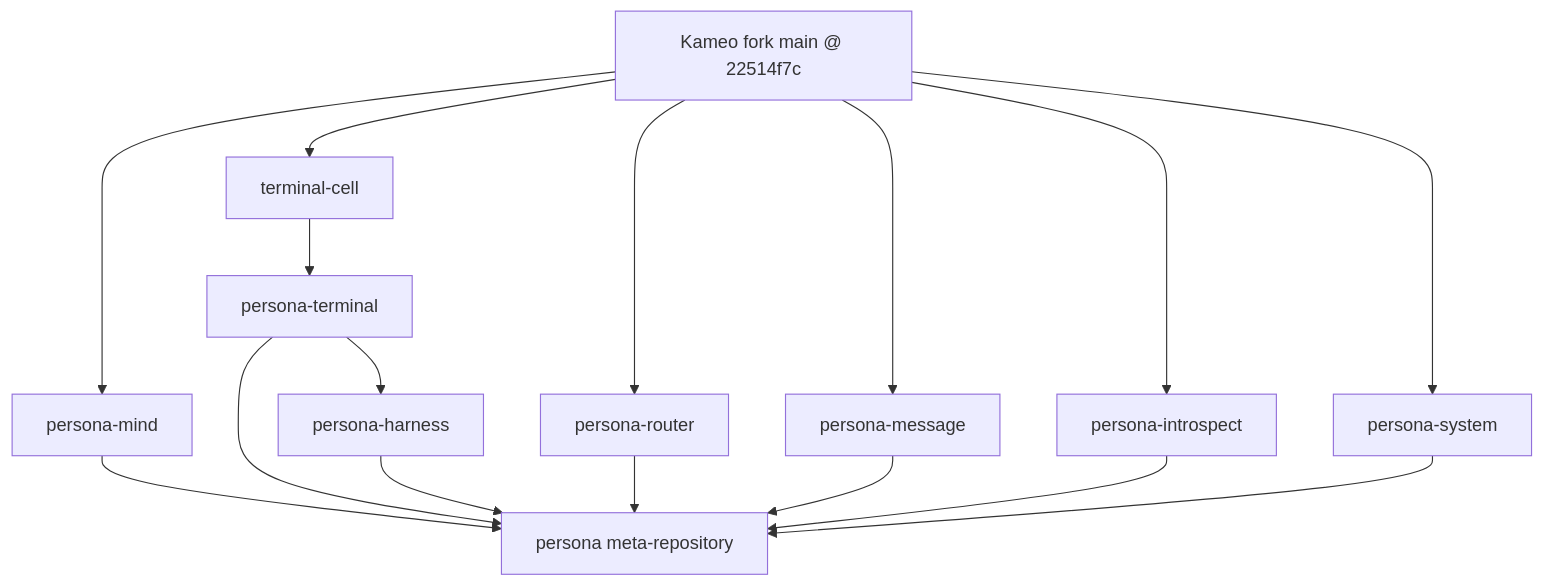
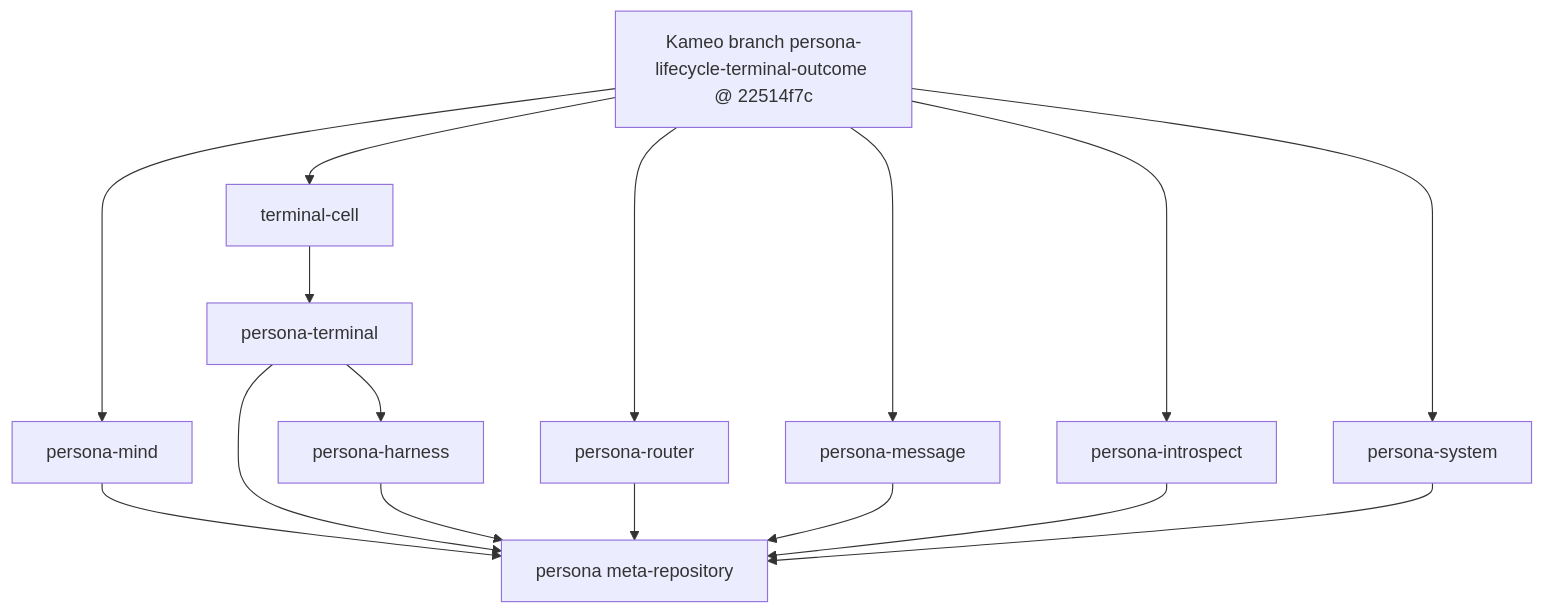
Before and after one commit to LiGoldragon/primary: the fourth of 5 diagrams in reports/operator/132-kameo-component-migration-plan.md, drawn with Mermaid. The commit also changed other lines of this file and 2 other files, not shown here.

Commit message:
reports/operator: apply Kameo migration audit corrections

````diff
--- a/reports/operator/132-kameo-component-migration-plan.md
+++ b/reports/operator/132-kameo-component-migration-plan.md
@@ -201,18 +197,18 @@
 ```mermaid
 flowchart TD
-    kameo["Kameo fork main @ 22514f7c"] --> mind["persona-mind"]
+    kameo["Kameo branch persona-lifecycle-terminal-outcome @ 22514f7c"] --> mind["persona-mind"]
     kameo --> cell["terminal-cell"]
     cell --> terminal["persona-terminal"]
     terminal --> harness["persona-harness"]
     kameo --> router["persona-router"]
     kameo --> message["persona-message"]
     kameo --> introspect["persona-introspect"]
     kameo --> system["persona-system"]
     mind --> meta["persona meta-repository"]
     terminal --> meta
     harness --> meta
     router --> meta
     message --> meta
     introspect --> meta
     system --> meta
 ```
````
